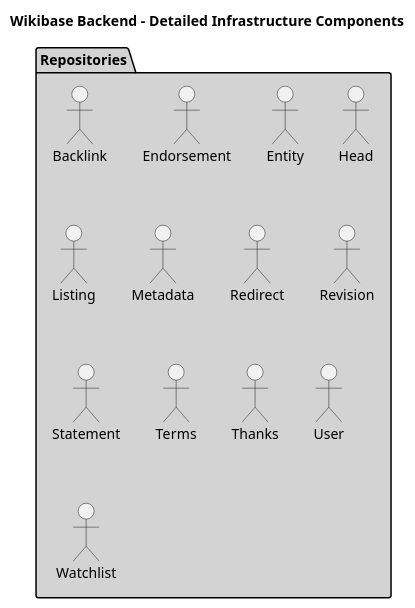
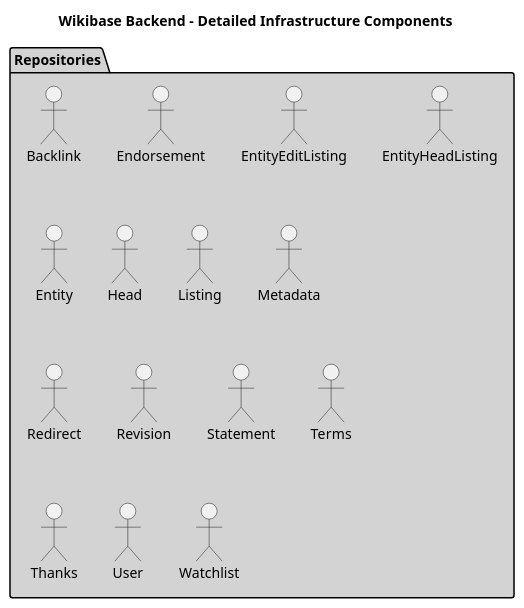
One commit to dpriskorn/entitybase-backend changed the diagram in doc/DIAGRAMS/detailed_infrastructure_components.puml. Above: the diagram before and after it, drawn with PlantUML. The commit also changed 10 other files, not shown here.

```diff
--- a/doc/DIAGRAMS/detailed_infrastructure_components.puml
+++ b/doc/DIAGRAMS/detailed_infrastructure_components.puml
@@ -1,21 +1,23 @@
 @startuml Detailed Infrastructure Components
 
 title Wikibase Backend - Detailed Infrastructure Components
 
 package "Repositories" as Repositories #LightGray {
     "Backlink" as BacklinkRepository
     "Endorsement" as EndorsementRepository
+    "EntityEditListing" as EntityEditListing
+    "EntityHeadListing" as EntityHeadListing
     "Entity" as EntityRepository
     "Head" as HeadRepository
     "Listing" as ListingRepository
     "Metadata" as MetadataRepository
     "Redirect" as RedirectRepository
     "Revision" as RevisionRepository
     "Statement" as StatementRepository
     "Terms" as TermsRepository
     "Thanks" as ThanksRepository
     "User" as UserRepository
     "Watchlist" as WatchlistRepository
 }
 
 @enduml
```
